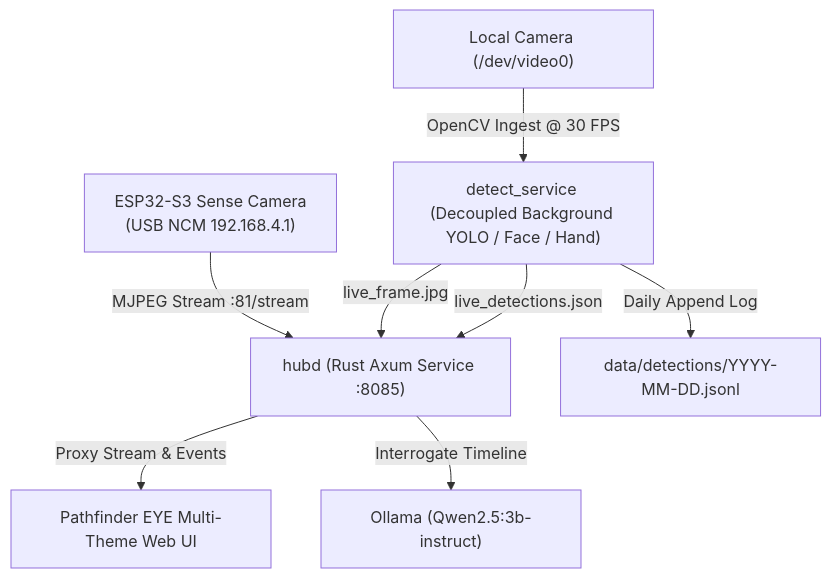
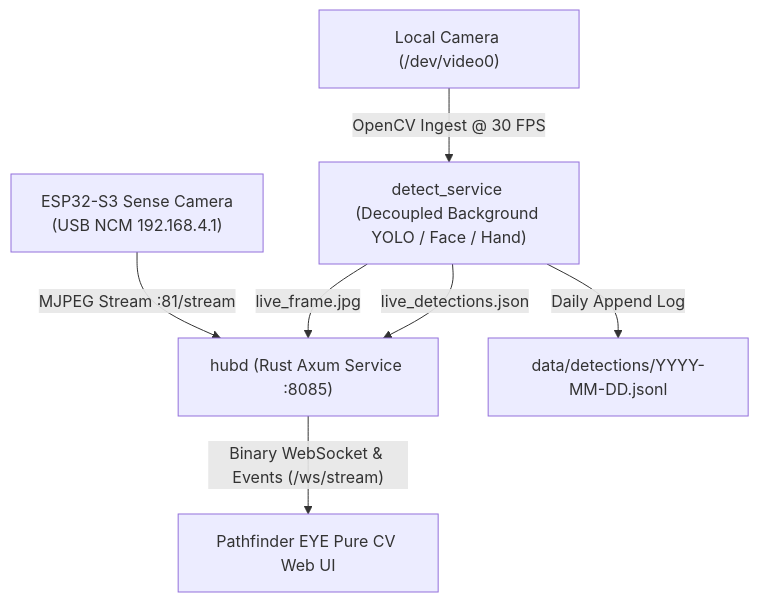
Before and after one commit to Alartist40/cv_experimental: the diagram in README.md, drawn with Mermaid. The commit also changed other lines of this file and 9 other files, not shown here.

Commit message:
feat: pure CV refocus, binary websockets, cad shaders, occlusion, procedural audio, trajectory ghosting

````diff
--- a/README.md
+++ b/README.md
@@ -9,10 +9,9 @@
 ```mermaid
 graph TD
     ESP["ESP32-S3 Sense Camera\n(USB NCM 192.168.4.1)"] -->|"MJPEG Stream :81/stream"| HUBD["hubd (Rust Axum Service :8085)"]
     UVC["Local Camera (/dev/video0)"] -->|"OpenCV Ingest @ 30 FPS"| DETECT["detect_service (Decoupled Background YOLO / Face / Hand)"]
     DETECT -->|"live_frame.jpg"| HUBD
     DETECT -->|"live_detections.json"| HUBD
     DETECT -->|"Daily Append Log"| STORE["data/detections/YYYY-MM-DD.jsonl"]
-    HUBD -->|"Proxy Stream & Events"| UI["Pathfinder EYE Multi-Theme Web UI"]
-    HUBD -->|"Interrogate Timeline"| SLM["Ollama (Qwen2.5:3b-instruct)"]
+    HUBD -->|"Binary WebSocket & Events (/ws/stream)"| UI["Pathfinder EYE Pure CV Web UI"]
 ```
````
